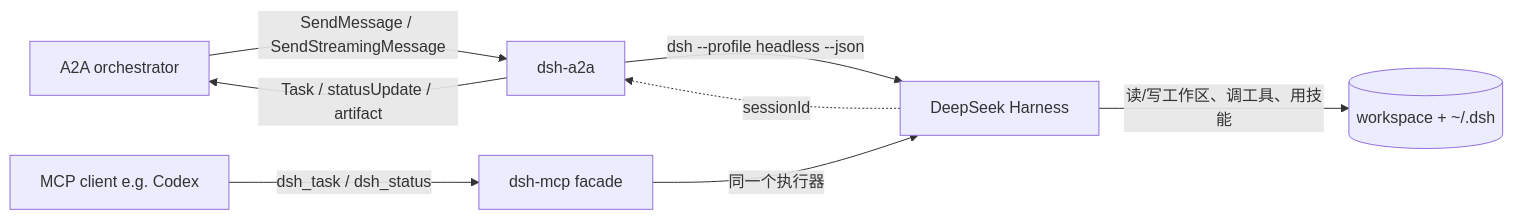
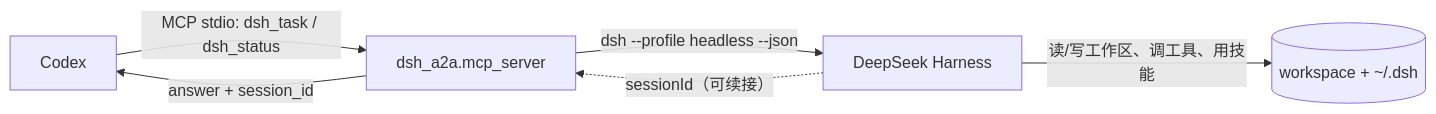
Before and after one commit to bodazi-na/codex-MCP-dsh: the diagram in README.md, drawn with Mermaid. The commit also changed other lines of this file and 1 other file, not shown here.

First line of the commit message:
docs: focus the homepage on Codex -> MCP -> DSH

````diff
--- a/README.md
+++ b/README.md
@@ -21,10 +7,8 @@
 ```mermaid
 flowchart LR
-  O[A2A orchestrator] -->|SendMessage / SendStreamingMessage| S[dsh-a2a]
-  C[MCP client e.g. Codex] -->|dsh_task / dsh_status| M[dsh-mcp facade]
-  S -->|dsh --profile headless --json| D[DeepSeek Harness]
-  M -->|同一个执行器| D
+  C[Codex] -->|MCP stdio: dsh_task / dsh_status| M[dsh_a2a.mcp_server]
+  M -->|dsh --profile headless --json| D[DeepSeek Harness]
   D -->|读/写工作区、调工具、用技能| W[(workspace + ~/.dsh)]
-  D -.->|sessionId| S
-  S -->|Task / statusUpdate / artifact| O
+  D -.->|sessionId（可续接）| M
+  M -->|answer + session_id| C
 ```
````
